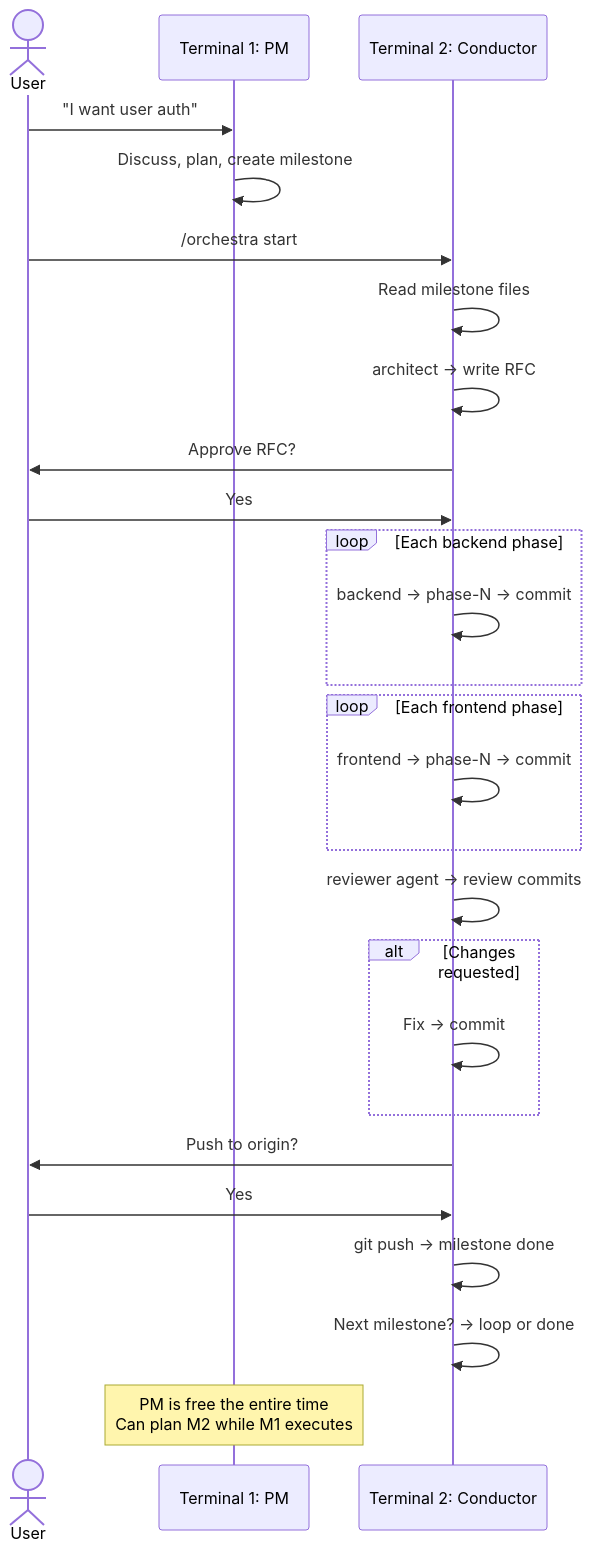
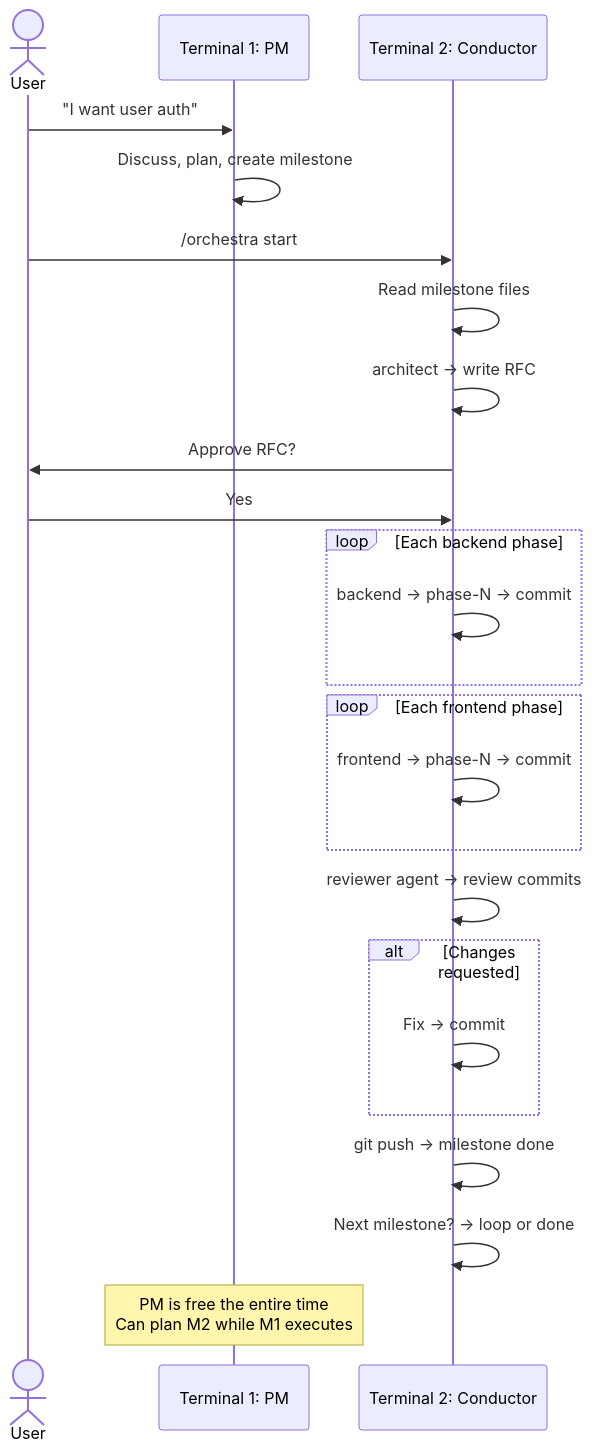
The first of 2 diagrams in .orchestra/README.md (sulhadin/orchestrator), drawn with Mermaid before and after one commit. The commit also changed other lines of this file and 4 other files, not shown here.

````diff
--- a/.orchestra/README.md
+++ b/.orchestra/README.md
@@ -305,38 +302,36 @@
 ```mermaid
 sequenceDiagram
     actor U as User
     participant PM as Terminal 1: PM
     participant C as Terminal 2: Conductor
 
     U->>PM: "I want user auth"
     PM->>PM: Discuss, plan, create milestone
 
     U->>C: /orchestra start
     C->>C: Read milestone files
 
     C->>C: architect → write RFC
     C->>U: Approve RFC?
     U->>C: Yes
 
     loop Each backend phase
         C->>C: backend → phase-N → commit
     end
 
     loop Each frontend phase
         C->>C: frontend → phase-N → commit
     end
 
     C->>C: reviewer agent → review commits
 
     alt Changes requested
         C->>C: Fix → commit
     end
 
-    C->>U: Push to origin?
-    U->>C: Yes
     C->>C: git push → milestone done
 
     C->>C: Next milestone? → loop or done
 
     Note over PM: PM is free the entire time<br/>Can plan M2 while M1 executes
 ```
````
